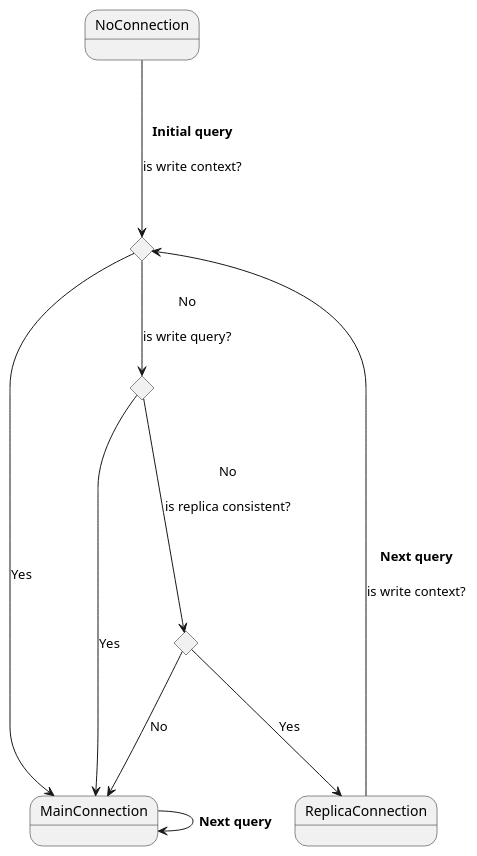
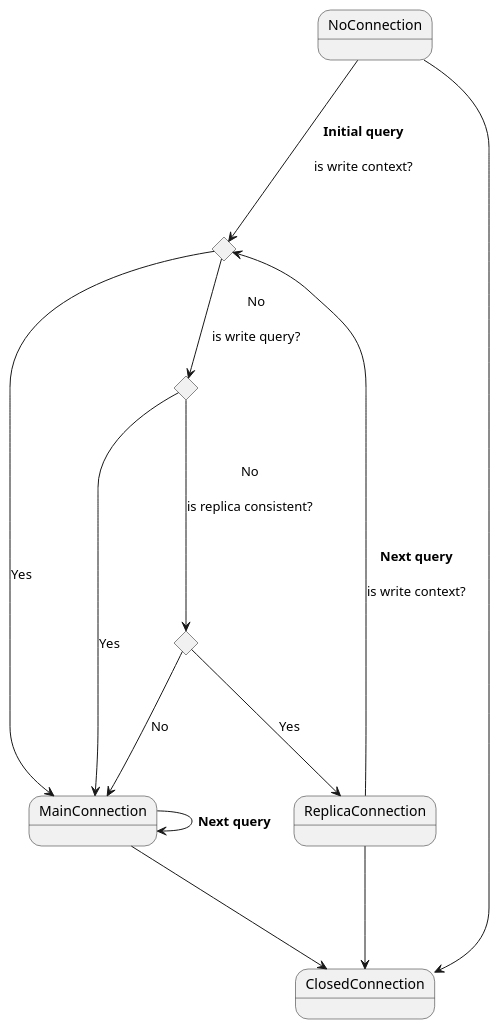
One commit to atlassian-labs/db-replica changed the diagram in docs/dual-connection-states.puml. Above: the diagram before and after it, drawn with PlantUML. The commit also changed 13 other files, not shown here.

First line of the commit message:
NONE: Extract `State` from `ReplicaConnectionProvider`

```diff
--- a/docs/dual-connection-states.puml
+++ b/docs/dual-connection-states.puml
@@ -1,19 +1,24 @@
 @startuml
 state isWriteContext <<choice>>
 state isWriteQuery <<choice>>
 state isReplicaConsistent <<choice>>
 
 
 NoConnection   ---> isWriteContext : **Initial query**\n\nis write context?
 isWriteContext ---> MainConnection   : Yes
 
 isWriteContext --> isWriteQuery : No\n\nis write query?
 isWriteQuery ---> MainConnection : Yes
 isWriteQuery ---> isReplicaConsistent: No\n\nis replica consistent?
 
 isReplicaConsistent ---> ReplicaConnection : Yes
 isReplicaConsistent ---> MainConnection : No
 
 MainConnection ---> MainConnection : **Next query**
 ReplicaConnection ---> isWriteContext : **Next query**\n\nis write context?
+
+NoConnection ---> ClosedConnection
+MainConnection ---> ClosedConnection
+ReplicaConnection ---> ClosedConnection
+
 @enduml
```
